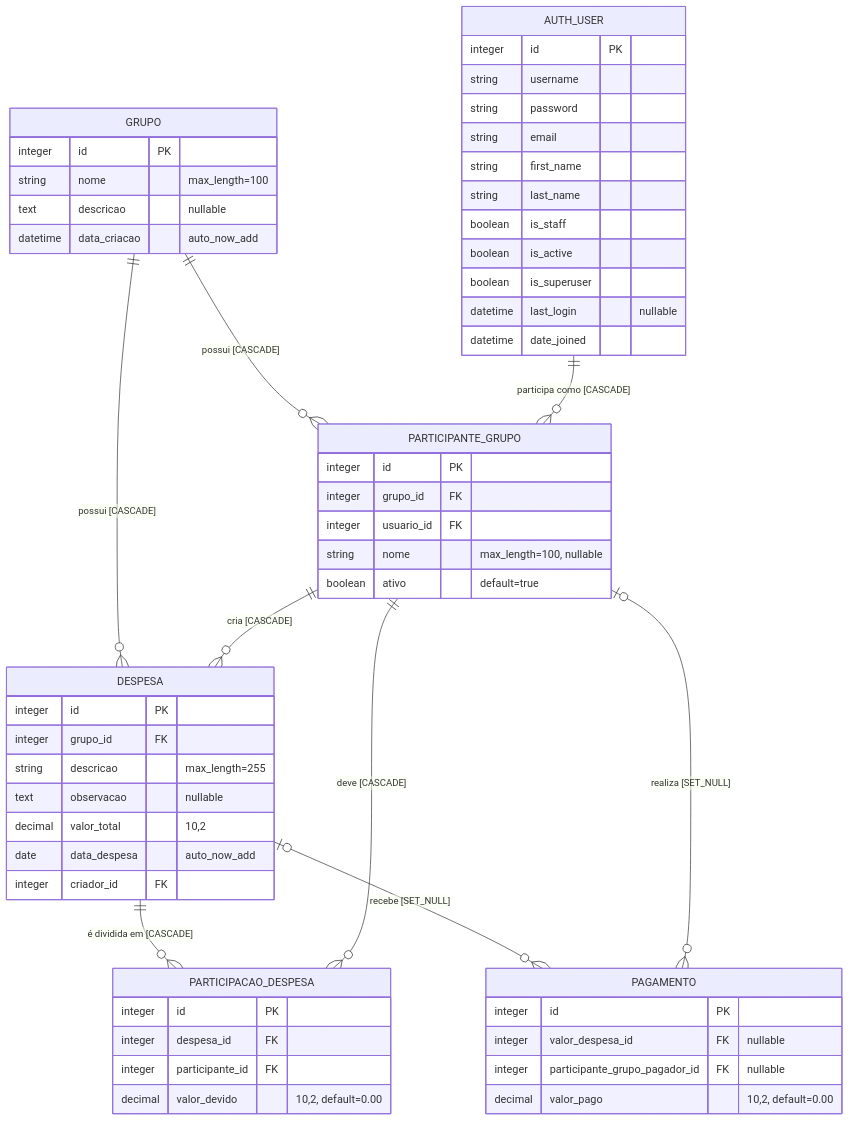
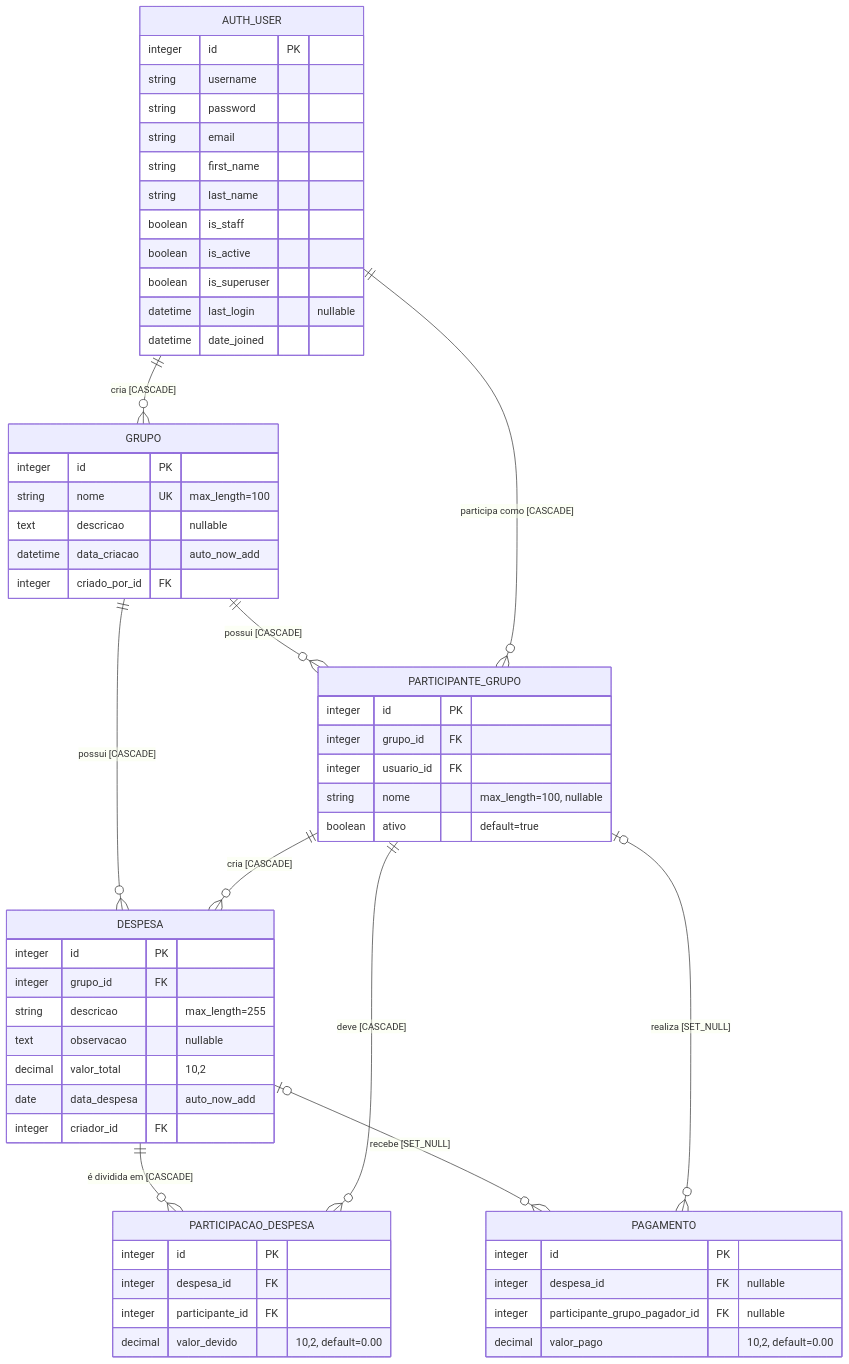
The diagram in Modelagens/DER_models.md (leirostla/divisor-despesas), drawn with Mermaid before and after one commit. The commit also changed other lines of this file and 9 other files, not shown here.

````diff
--- a/Modelagens/DER_models.md
+++ b/Modelagens/DER_models.md
@@ -6,64 +6,66 @@
 ```mermaid
 erDiagram
     AUTH_USER {
         integer id PK
         string username
         string password
         string email
         string first_name
         string last_name
         boolean is_staff
         boolean is_active
         boolean is_superuser
         datetime last_login "nullable"
         datetime date_joined
     }
 
     GRUPO {
         integer id PK
-        string nome "max_length=100"
+        string nome UK "max_length=100"
         text descricao "nullable"
         datetime data_criacao "auto_now_add"
+        integer criado_por_id FK
     }
 
     DESPESA {
         integer id PK
         integer grupo_id FK
         string descricao "max_length=255"
         text observacao "nullable"
         decimal valor_total "10,2"
         date data_despesa "auto_now_add"
         integer criador_id FK
     }
 
     PARTICIPANTE_GRUPO {
         integer id PK
         integer grupo_id FK
         integer usuario_id FK
         string nome "max_length=100, nullable"
         boolean ativo "default=true"
     }
 
     PARTICIPACAO_DESPESA {
         integer id PK
         integer despesa_id FK
         integer participante_id FK
         decimal valor_devido "10,2, default=0.00"
     }
 
     PAGAMENTO {
         integer id PK
-        integer valor_despesa_id FK "nullable"
+        integer despesa_id FK "nullable"
         integer participante_grupo_pagador_id FK "nullable"
         decimal valor_pago "10,2, default=0.00"
     }
 
+    AUTH_USER ||--o{ GRUPO : "cria [CASCADE]"
     GRUPO ||--o{ DESPESA : "possui [CASCADE]"
     GRUPO ||--o{ PARTICIPANTE_GRUPO : "possui [CASCADE]"
     AUTH_USER ||--o{ PARTICIPANTE_GRUPO : "participa como [CASCADE]"
     PARTICIPANTE_GRUPO ||--o{ DESPESA : "cria [CASCADE]"
     DESPESA ||--o{ PARTICIPACAO_DESPESA : "é dividida em [CASCADE]"
     PARTICIPANTE_GRUPO ||--o{ PARTICIPACAO_DESPESA : "deve [CASCADE]"
     DESPESA o|--o{ PAGAMENTO : "recebe [SET_NULL]"
     PARTICIPANTE_GRUPO o|--o{ PAGAMENTO : "realiza [SET_NULL]"
 ```
````
